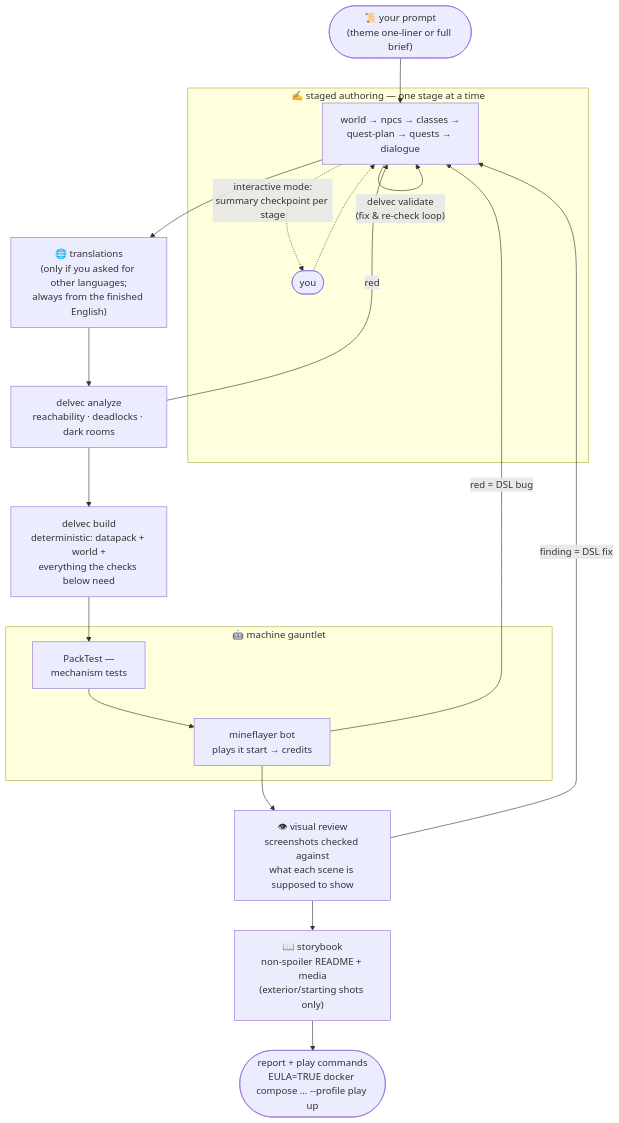
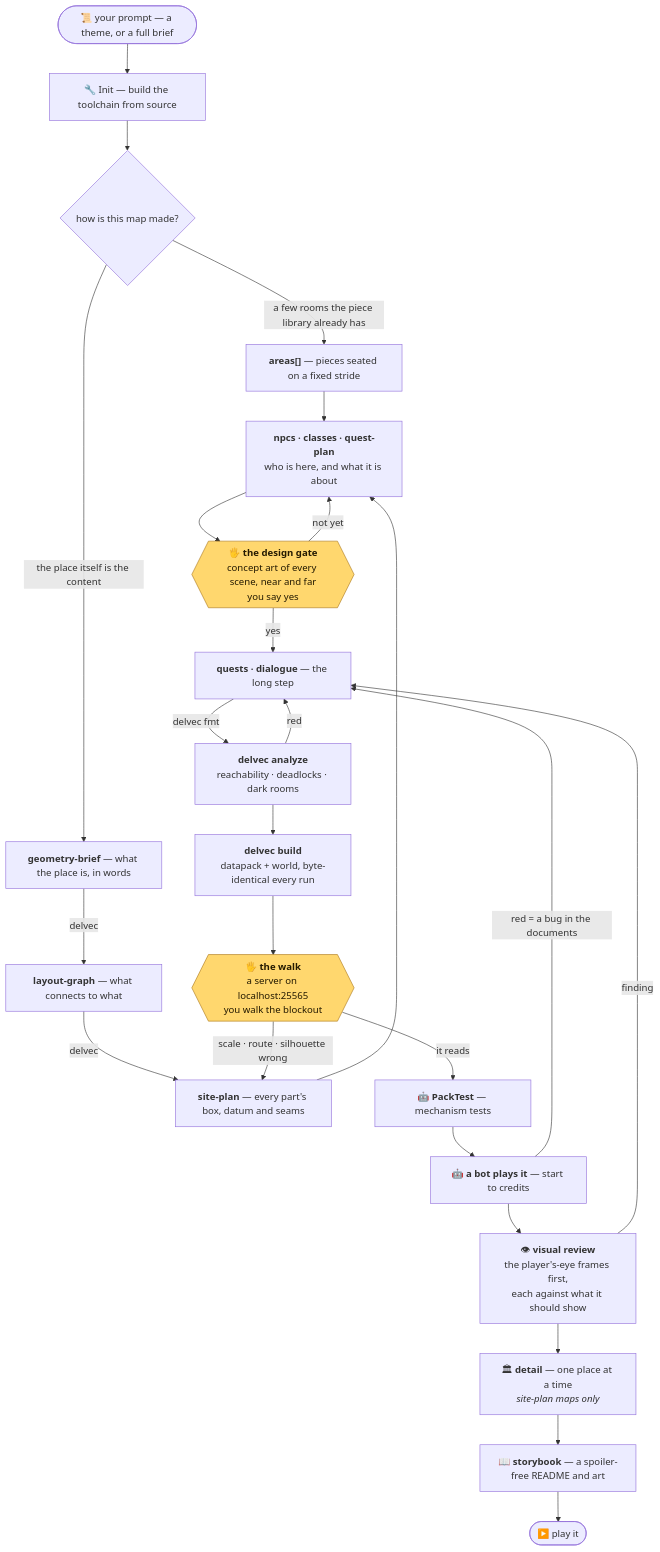
One commit to stellarfeline/delvewright changed the diagram in README.md. Above: the diagram before and after it, drawn with Mermaid. The commit also changed other lines of this file and 1 other file, not shown here.

````diff
--- a/README.md
+++ b/README.md
@@ -50,28 +53,38 @@
 ```mermaid
 flowchart TD
-    P(["📜 your prompt<br/>(theme one-liner or full brief)"]) --> A
+    P(["📜 your prompt — a theme, or a full brief"]) --> INIT
+    INIT["🔧 Init — build the toolchain from source"] --> PICK{"how is this map made?"}
 
-    subgraph AUTHOR ["✍️ staged authoring — one stage at a time"]
-        A["world → npcs → classes →<br/>quest-plan → quests → dialogue"]
-        A -->|"delvec validate<br/>(fix & re-check loop)"| A
-        A -.->|"interactive mode:<br/>summary checkpoint per stage"| U([you])
-        U -.-> A
-    end
+    PICK -->|"a few rooms the piece library already has"| AREAS["<b>areas[]</b> — pieces seated on a fixed stride"]
+    PICK -->|"the place itself is the content"| GB
 
-    A --> L["🌐 translations<br/>(only if you asked for other languages;<br/>always from the finished English)"]
-    L --> AN["delvec analyze<br/>reachability · deadlocks · dark rooms"]
-    AN --> B["delvec build<br/>deterministic: datapack + world +<br/>everything the checks below need"]
+    GB["<b>geometry-brief</b> — what the place is, in words"] -->|delvec| LG["<b>layout-graph</b> — what connects to what"]
+    LG -->|delvec| SP["<b>site-plan</b> — every part's box, datum and seams"]
 
-    subgraph MACHINE ["🤖 machine gauntlet"]
-        PT["PackTest —<br/>mechanism tests"] --> BOT["mineflayer bot<br/>plays it start → credits"]
-    end
-    B --> PT
+    AREAS --> STORY
+    SP --> STORY
 
-    BOT --> V["👁 visual review<br/>screenshots checked against<br/>what each scene is supposed to show"]
-    V --> SB["📖 storybook<br/>non-spoiler README + media<br/>(exterior/starting shots only)"]
-    SB --> R(["report + play commands<br/>EULA=TRUE docker compose … --profile play up"])
+    STORY["<b>npcs · classes · quest-plan</b><br/>who is here, and what it is about"] --> GATE
 
-    AN -->|red| A
-    BOT -->|red = DSL bug| A
-    V -->|finding = DSL fix| A
+    GATE{{"🖐 <b>the design gate</b><br/>concept art of every scene, near and far<br/>you say yes"}}:::human
+    GATE -->|"not yet"| STORY
+    GATE -->|yes| CONTENT
+
+    CONTENT["<b>quests · dialogue</b> — the long step"] -->|"delvec fmt"| AN
+    AN["<b>delvec analyze</b><br/>reachability · deadlocks · dark rooms"] -->|red| CONTENT
+    AN --> BUILD["<b>delvec build</b><br/>datapack + world, byte-identical every run"]
+
+    BUILD --> WALK{{"🖐 <b>the walk</b><br/>a server on localhost:25565<br/>you walk the blockout"}}:::human
+    WALK -->|"scale · route · silhouette wrong"| SP
+    WALK -->|"it reads"| PT
+
+    PT["🤖 <b>PackTest</b> — mechanism tests"] --> BOT["🤖 <b>a bot plays it</b> — start to credits"]
+    BOT -->|"red = a bug in the documents"| CONTENT
+    BOT --> VIS["👁 <b>visual review</b><br/>the player's-eye frames first,<br/>each against what it should show"]
+    VIS -->|finding| CONTENT
+    VIS --> DET["🏛 <b>detail</b> — one place at a time<br/><i>site-plan maps only</i>"]
+    DET --> SB["📖 <b>storybook</b> — a spoiler-free README and art"]
+    SB --> OUT(["▶️ play it"])
+
+    classDef human fill:#ffd76e,stroke:#a9761a,color:#241a00
 ```
````
